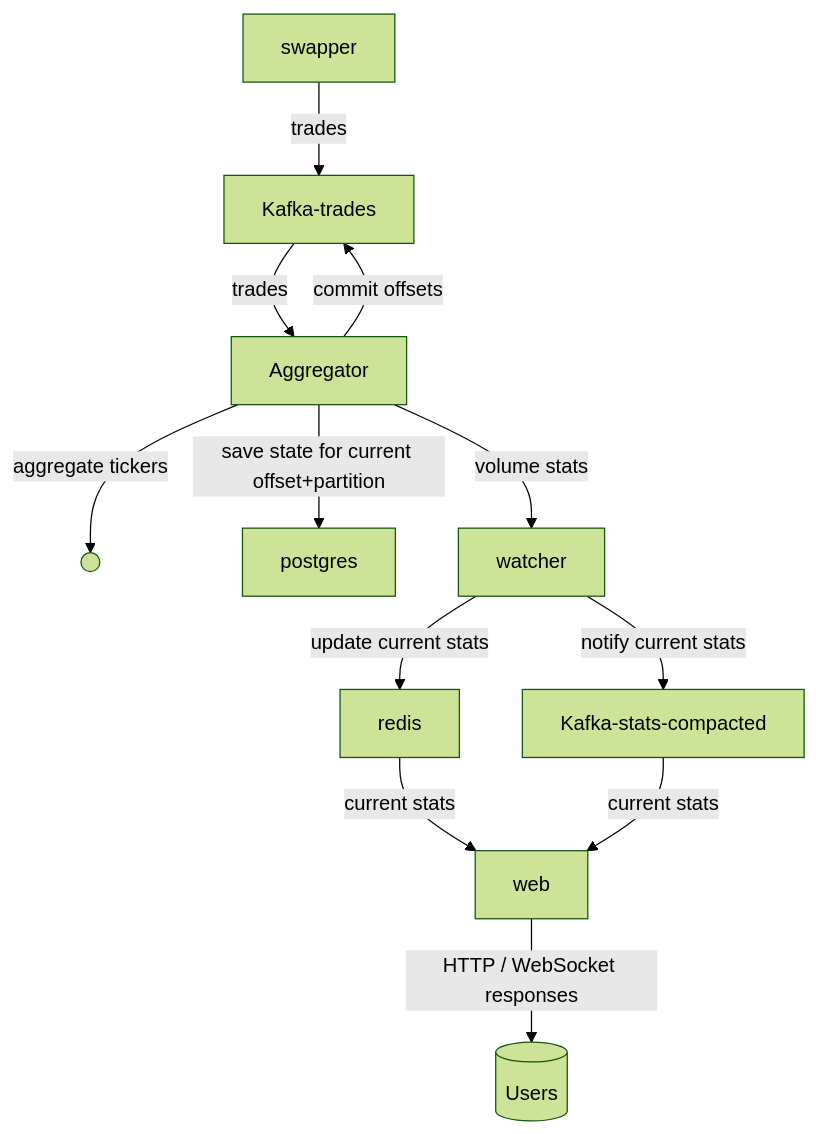
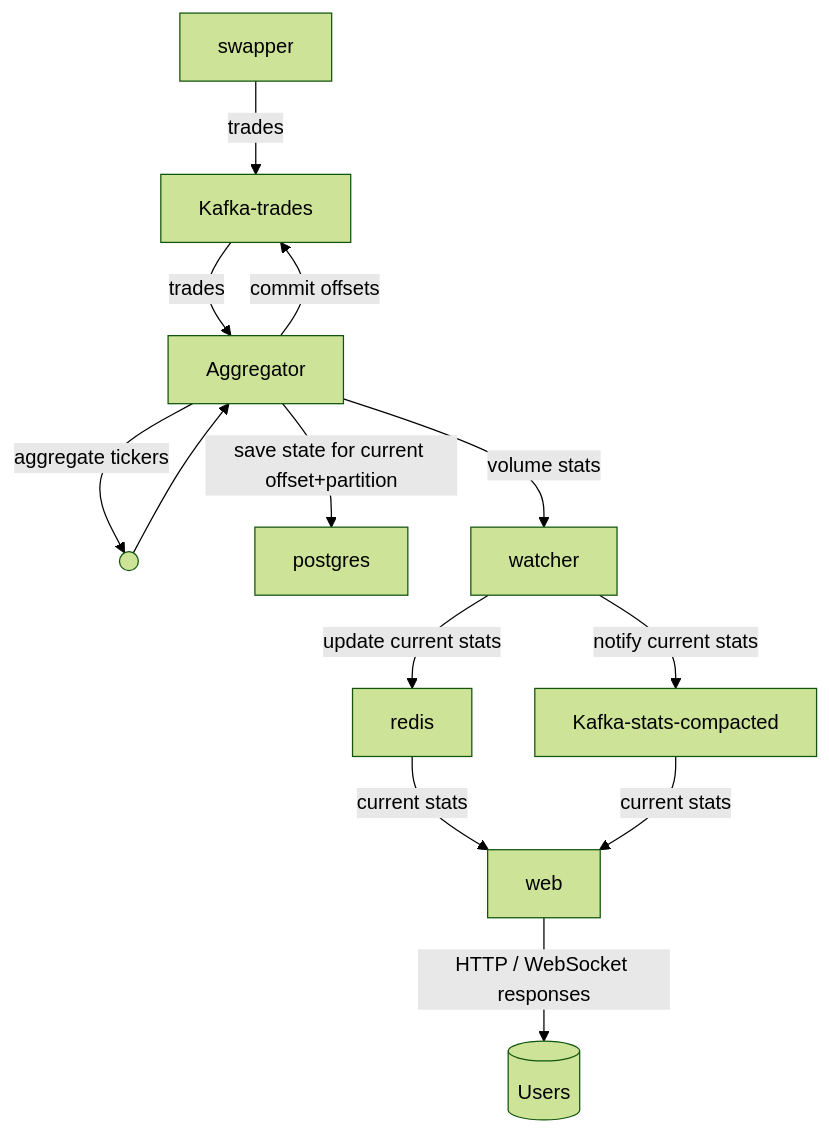
Before and after one commit to zamyatin-zkex/volumer: the diagram in README.md, drawn with Mermaid (forest theme).

Commit message:
test hidden

````diff
--- a/README.md
+++ b/README.md
@@ -32,15 +32,16 @@
 ```mermaid
 flowchart TD
     S[swapper] -- "trades" --> K[Kafka-trades]
     K -- "trades" --> Ag[Aggregator]
     X(( )):::hidden
     Ag -- "aggregate tickers" --> X
+    X --> Ag
     Ag -- "save state for current offset+partition" --> Pg[postgres]
     Ag -- "commit offsets" --> K
     Ag -- "volume stats" --> Wt[watcher]
     Wt -- "update current stats" --> Re[redis]
     Wt -- "notify current stats" --> Ks[Kafka-stats-compacted]
     Re -- "current stats" --> W[web]
     Ks -- "current stats" --> W[web]
     W -- "HTTP / WebSocket responses" --> U[(Users)]
 ```
````
